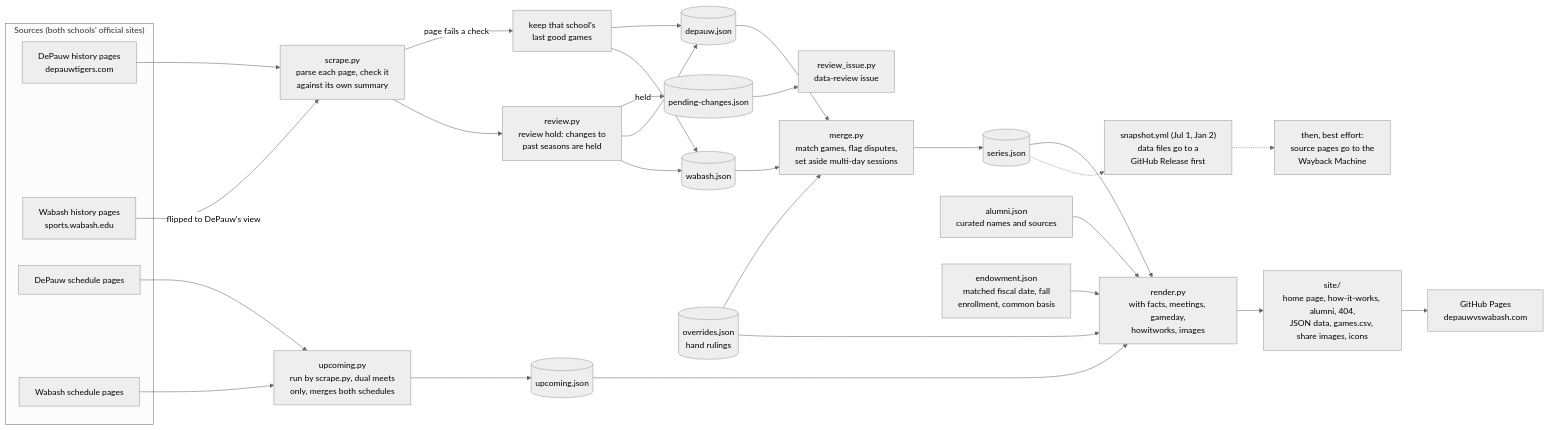
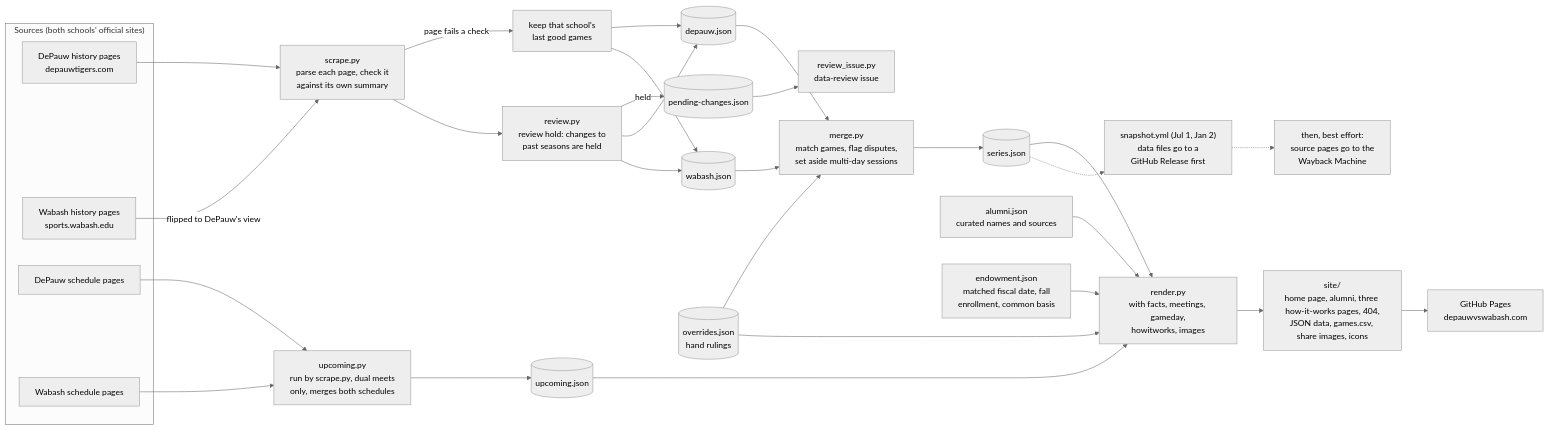
Before and after one commit to Haynesmodel/DePauw-vs-Wabash-web: the first of 3 diagrams in README.md, drawn with Mermaid (neutral theme). The commit also changed other lines of this file and 8 other files, not shown here.

First line of the commit message:
Share one footer across every page and split How the numbers work in two

````diff
--- a/README.md
+++ b/README.md
@@ -61,36 +61,36 @@
 ```mermaid
 flowchart LR
   subgraph SRC["Sources (both schools' official sites)"]
     DH["DePauw history pages<br/>depauwtigers.com"]
     WH["Wabash history pages<br/>sports.wabash.edu"]
     DS["DePauw schedule pages"]
     WS["Wabash schedule pages"]
   end
 
   DH --> P["scrape.py<br/>parse each page, check it<br/>against its own summary"]
   WH -- "flipped to DePauw's view" --> P
   P -- "page fails a check" --> K["keep that school's<br/>last good games"]
   P --> R["review.py<br/>review hold: changes to<br/>past seasons are held"]
   R -- "held" --> PC[("pending-changes.json")]
   PC --> RI["review_issue.py<br/>data-review issue"]
   R --> DJ[("depauw.json")]
   R --> WJ[("wabash.json")]
   K --> DJ
   K --> WJ
   DJ --> M["merge.py<br/>match games, flag disputes,<br/>set aside multi-day sessions"]
   WJ --> M
   OV[("overrides.json<br/>hand rulings")] --> M
   M --> SJ[("series.json")]
   DS --> U["upcoming.py<br/>run by scrape.py, dual meets<br/>only, merges both schedules"]
   WS --> U
   U --> UJ[("upcoming.json")]
   SJ --> RN["render.py<br/>with facts, meetings, gameday,<br/>howitworks, images"]
   AL["alumni.json<br/>curated names and sources"] --> RN
   EN["endowment.json<br/>matched fiscal date, fall<br/>enrollment, common basis"] --> RN
   UJ --> RN
   OV --> RN
-  RN --> SITE["site/<br/>home page, how-it-works, alumni, 404,<br/>JSON data, games.csv, share images, icons"]
+  RN --> SITE["site/<br/>home page, alumni, three how-it-works pages, 404,<br/>JSON data, games.csv, share images, icons"]
   SITE --> GP["GitHub Pages<br/>depauwvswabash.com"]
   SJ -.-> SN["snapshot.yml (Jul 1, Jan 2)<br/>data files go to a<br/>GitHub Release first"]
   SN -.-> WB["then, best effort:<br/>source pages go to the<br/>Wayback Machine"]
 ```
````
